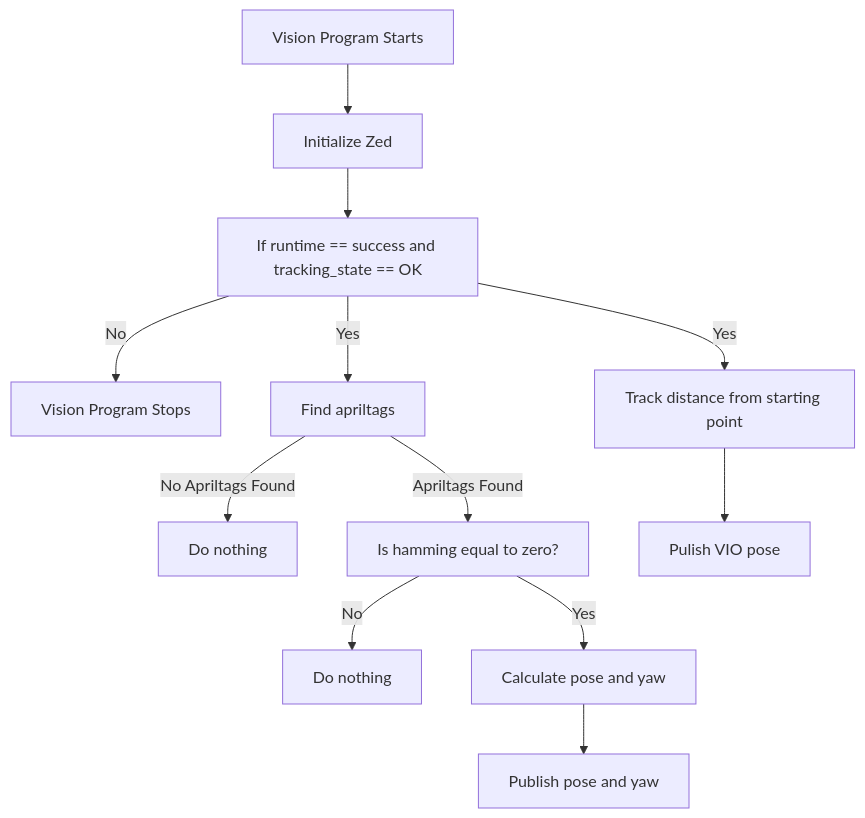
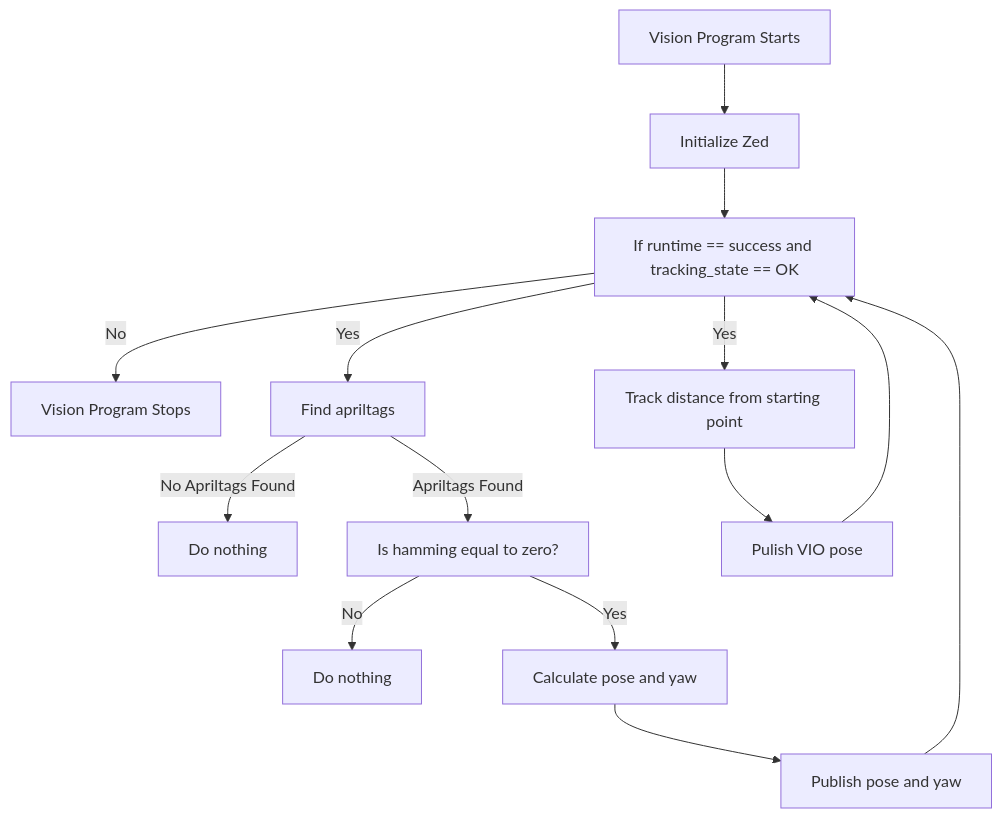
One commit to Worthington-Robotics/2023Vision changed the diagram in README.md. Above: the diagram before and after it, drawn with Mermaid. The commit also changed other lines of this file, not shown here.

Commit message:
fixed transformation matrices, made a small change to the flow chart, and fixed the superscripts. Ready to merge

````diff
--- a/README.md
+++ b/README.md
@@ -9,15 +9,16 @@
 ```mermaid
 flowchart TD
     A[Vision Program Starts] --> B[Initialize Zed]
     B --> C[If runtime == success and tracking_state == OK]
     C -- No --> D[Vision Program Stops]
     C -- Yes -->E[Track distance from starting point]
     C -- Yes -->F[Find apriltags]
     F -- No Apriltags Found --> G[Do nothing]
     F -- Apriltags Found --> H[Is hamming equal to zero?]
     H -- No --> I[Do nothing]
     H -- Yes --> J[Calculate pose and yaw]
     E --> K[Pulish VIO pose]
     J --> L[Publish pose and yaw]
-
+    L --> C
+    K --> C
 ```
````
